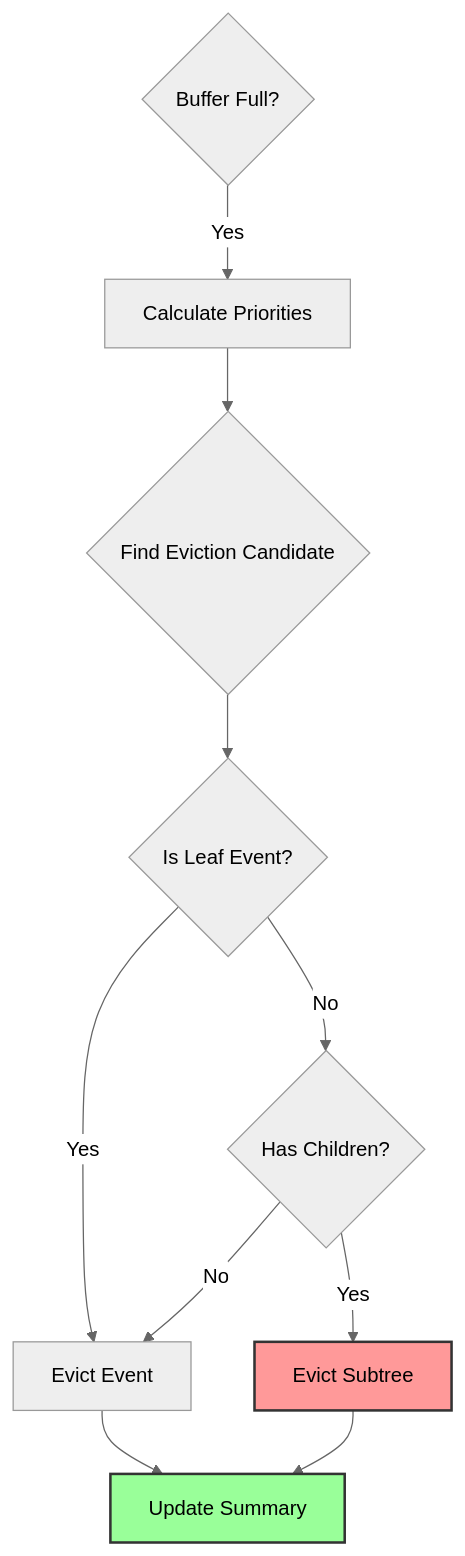
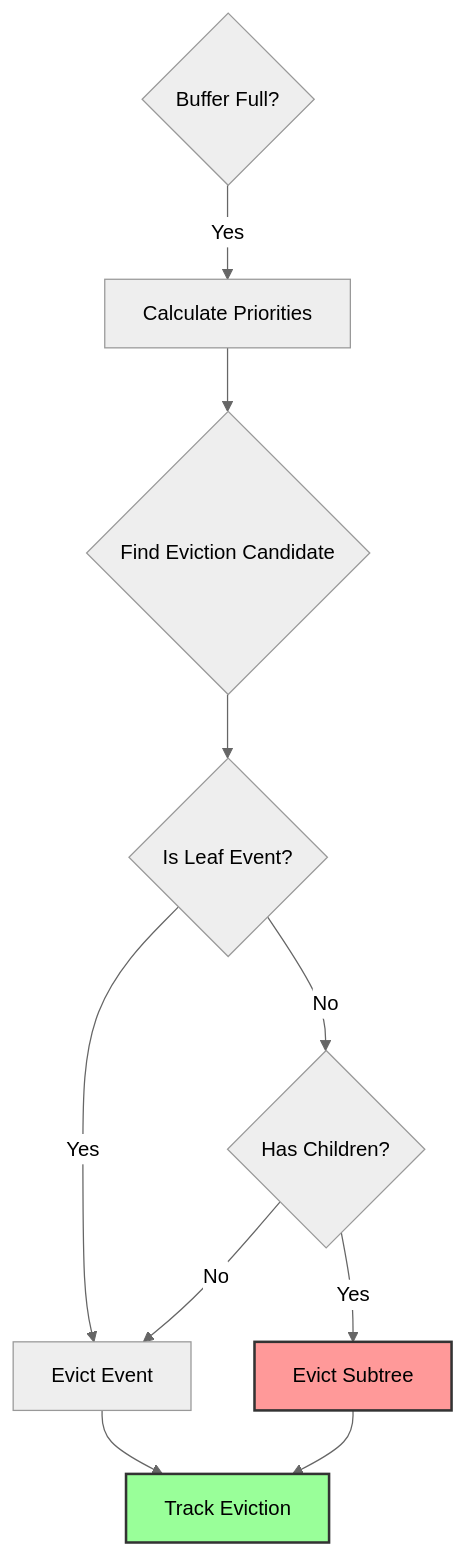
One commit to ten24group/fw24 changed the seventh of 9 diagrams in src/observability/README.md. Above: the diagram before and after it, drawn with Mermaid (neutral theme). The commit also changed other lines of this file and 70 other files, not shown here.

````diff
--- a/src/observability/README.md
+++ b/src/observability/README.md
@@ -777,18 +730,18 @@
 ```mermaid
 graph TD
     A{Buffer Full?} -->|Yes| B[Calculate Priorities]
     B --> C{Find Eviction Candidate}
     
     C --> D{Is Leaf Event?}
     D -->|Yes| E[Evict Event]
     D -->|No| F{Has Children?}
     
     F -->|Yes| G[Evict Subtree]
     F -->|No| E
     
-    E --> H[Update Summary]
+    E --> H[Track Eviction]
     G --> H
     
     style G fill:#f99,stroke:#333,stroke-width:2px
     style H fill:#9f9,stroke:#333,stroke-width:2px
 ```
````
